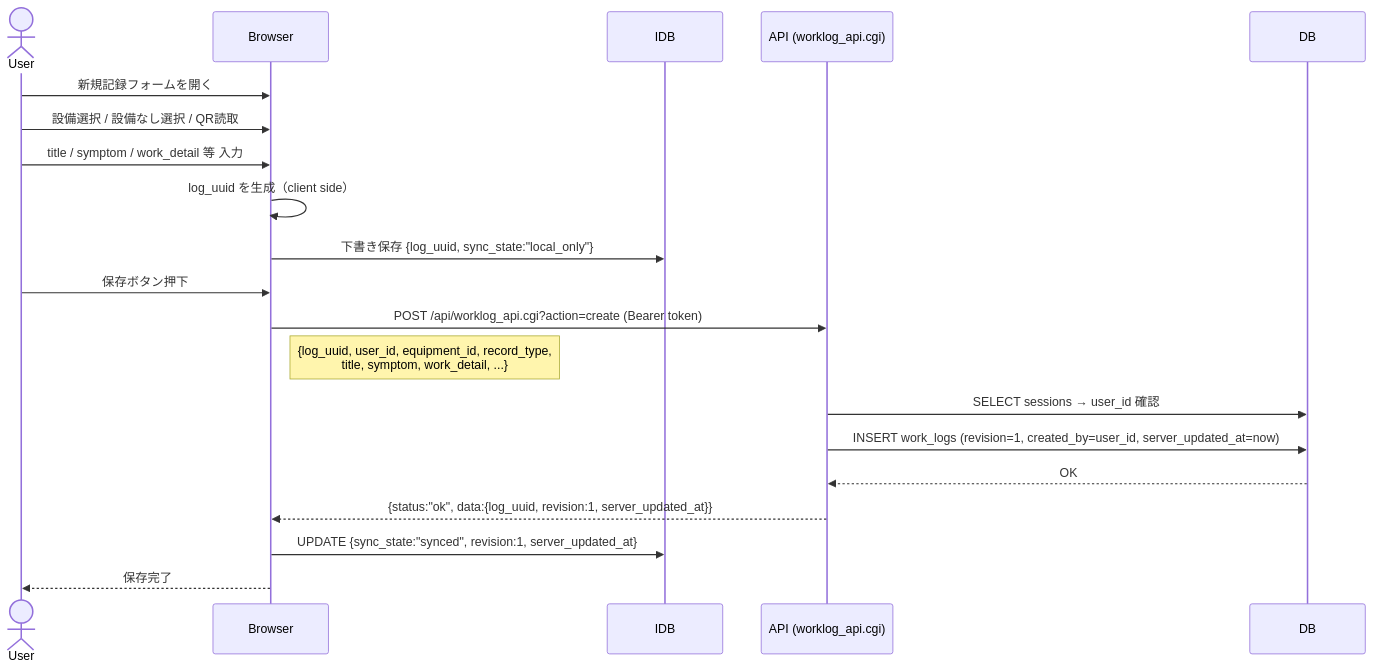
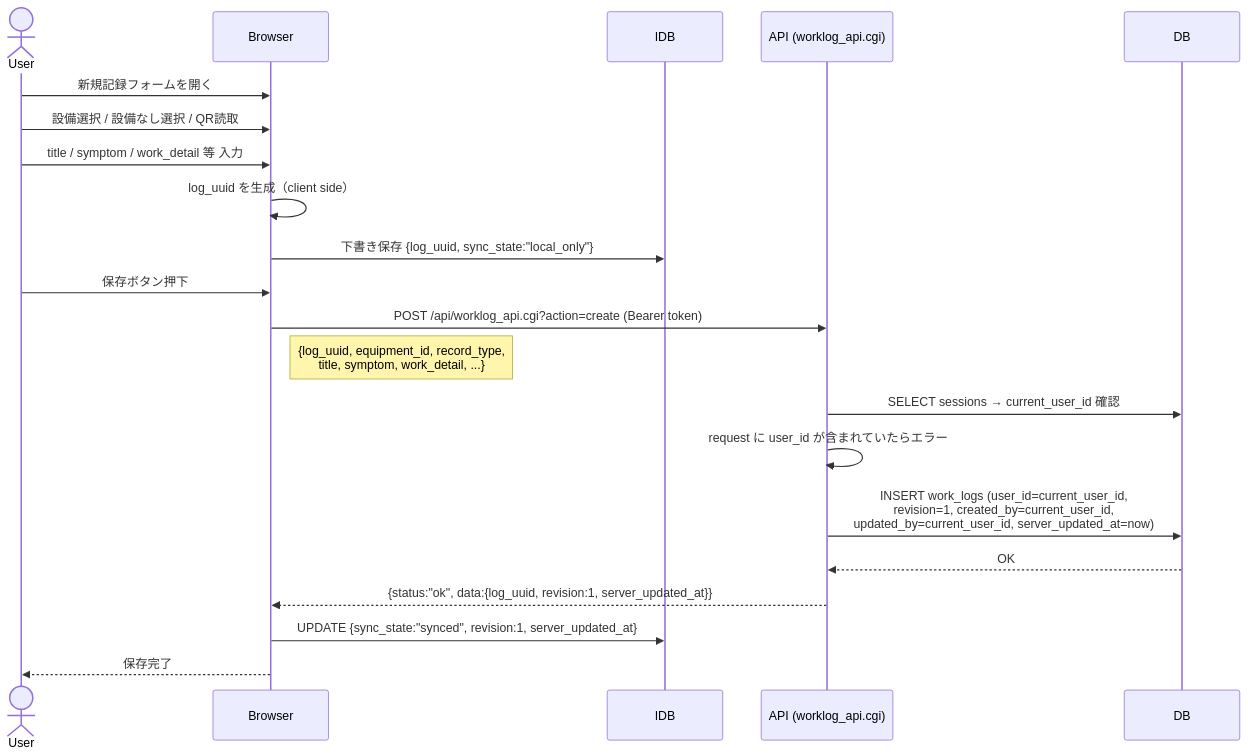
The seventh of 24 diagrams in SEQUENCE.md (garyohosu/worklog-pwa), drawn with Mermaid before and after one commit. The commit also changed other lines of this file and 2 other files, not shown here.

Commit message:
docs: align sequence flows with sync rules

````diff
--- a/SEQUENCE.md
+++ b/SEQUENCE.md
@@ -172,23 +174,24 @@
 ```mermaid
 sequenceDiagram
   actor User
   participant Browser
   participant IDB
   participant API as API (worklog_api.cgi)
   participant DB
 
   User->>Browser: 新規記録フォームを開く
   User->>Browser: 設備選択 / 設備なし選択 / QR読取
   User->>Browser: title / symptom / work_detail 等 入力
   Browser->>Browser: log_uuid を生成（client side）
   Browser->>IDB: 下書き保存 {log_uuid, sync_state:"local_only"}
   User->>Browser: 保存ボタン押下
   Browser->>API: POST /api/worklog_api.cgi?action=create (Bearer token)
-  Note right of Browser: {log_uuid, user_id, equipment_id, record_type,<br/>title, symptom, work_detail, ...}
-  API->>DB: SELECT sessions → user_id 確認
-  API->>DB: INSERT work_logs (revision=1, created_by=user_id, server_updated_at=now)
+  Note right of Browser: {log_uuid, equipment_id, record_type,<br/>title, symptom, work_detail, ...}
+  API->>DB: SELECT sessions → current_user_id 確認
+  API->>API: request に user_id が含まれていたらエラー
+  API->>DB: INSERT work_logs (user_id=current_user_id,<br/>revision=1, created_by=current_user_id,<br/>updated_by=current_user_id, server_updated_at=now)
   DB-->>API: OK
   API-->>Browser: {status:"ok", data:{log_uuid, revision:1, server_updated_at}}
   Browser->>IDB: UPDATE {sync_state:"synced", revision:1, server_updated_at}
   Browser-->>User: 保存完了
 ```
````
